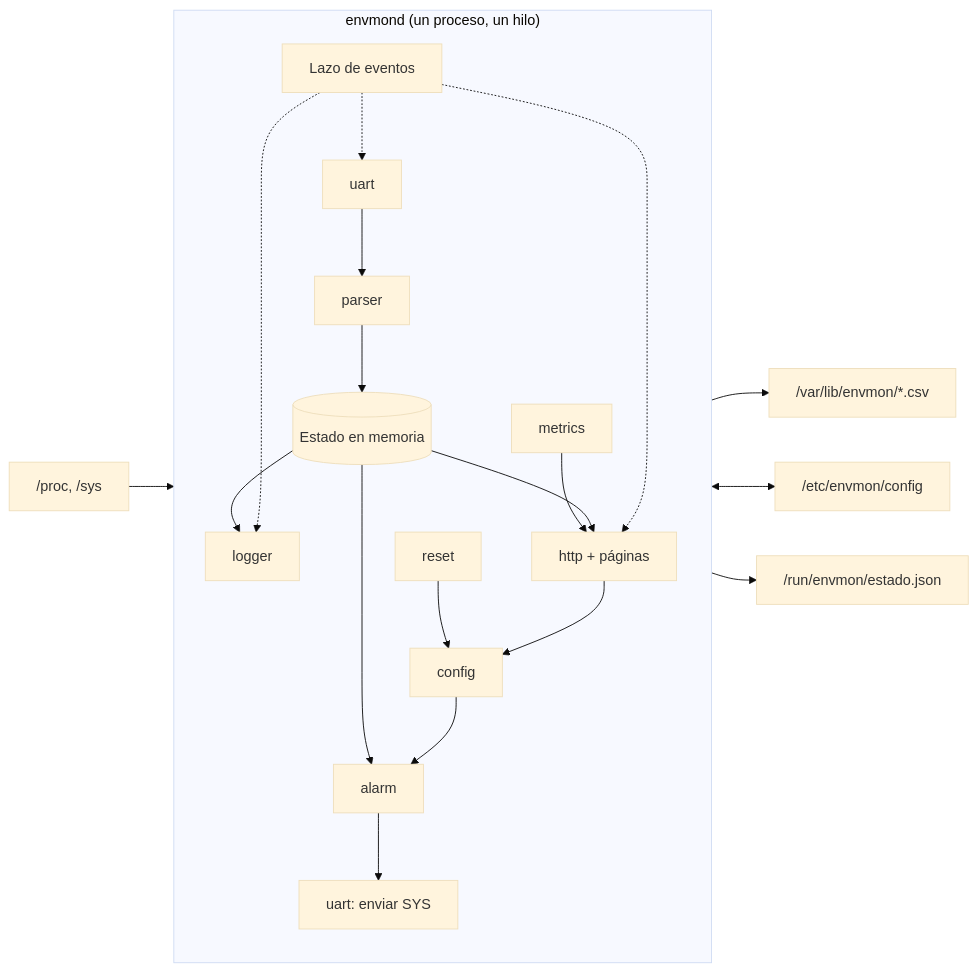
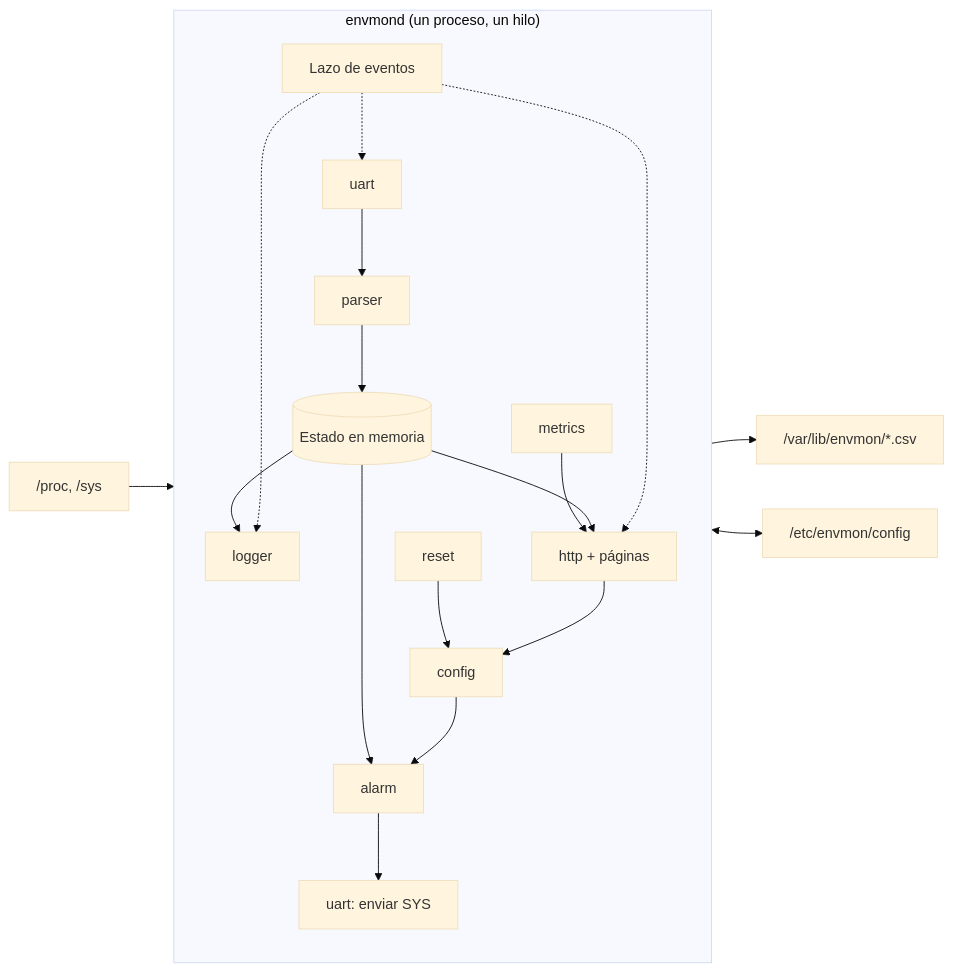
The fourth of 9 diagrams in docs/arquitectura.md (anhenaobe/smart-environmental-monitoring-system), drawn with Mermaid (base theme) before and after one commit. The commit also changed other lines of this file and 5 other files, not shown here.

````diff
--- a/docs/arquitectura.md
+++ b/docs/arquitectura.md
@@ -129,24 +133,23 @@
 ```mermaid
 flowchart LR
     subgraph envmond["envmond (un proceso, un hilo)"]
         direction TB
         EV["Lazo de eventos"]
         UART[uart] --> PARSER[parser]
         PARSER --> ESTADO[(Estado en memoria)]
         ESTADO --> LOGGER[logger]
         ESTADO --> ALARM[alarm]
         ALARM --> UARTTX["uart: enviar SYS"]
         CONFIG[config] --> ALARM
         RESET[reset] --> CONFIG
         METRICS[metrics] --> HTTP
         ESTADO --> HTTP[http + páginas]
         HTTP --> CONFIG
         EV -.-> UART
         EV -.-> HTTP
         EV -.-> LOGGER
     end
     PROC["/proc, /sys"] --> METRICS
     LOGGER --> CSV["/var/lib/envmon/*.csv"]
     CONFIG <--> CFG["/etc/envmon/config"]
-    ESTADO --> RUN["/run/envmon/estado.json"]
 ```
````
